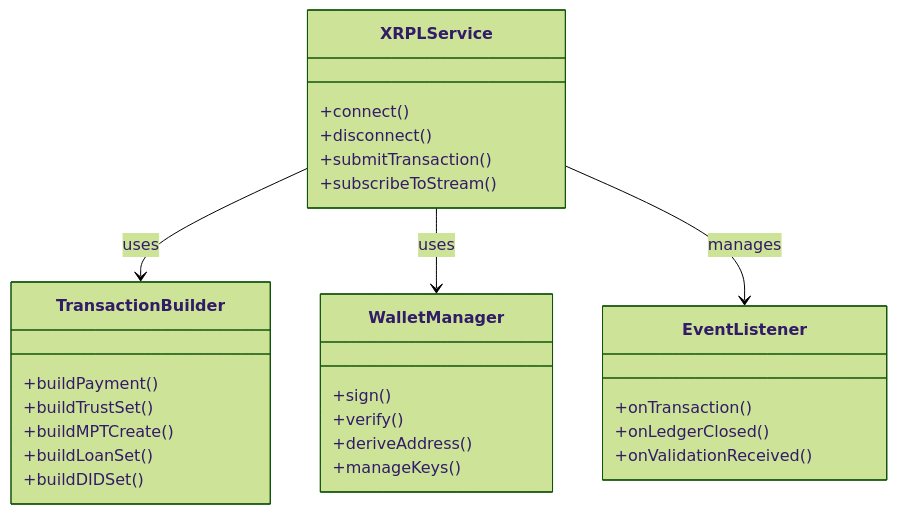
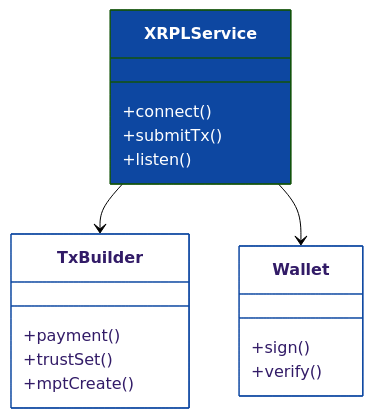
One commit to MrDecryptDecipher/xrpl-institutional-fund-management changed diagram 13 of 17 in README.md. Above: the diagram before and after it, drawn with Mermaid (forest theme). The commit also changed other lines of this file, not shown here.

Commit message:
docs: final polish of readme with high-contrast diagrams and fixes

````diff
--- a/README.md
+++ b/README.md
@@ -523,34 +452,24 @@
 ```mermaid
 classDiagram
     class XRPLService {
         +connect()
-        +disconnect()
-        +submitTransaction()
-        +subscribeToStream()
+        +submitTx()
+        +listen()
     }
-    
-    class TransactionBuilder {
-        +buildPayment()
-        +buildTrustSet()
-        +buildMPTCreate()
-        +buildLoanSet()
-        +buildDIDSet()
+    class TxBuilder {
+        +payment()
+        +trustSet()
+        +mptCreate()
     }
-    
-    class WalletManager {
+    class Wallet {
         +sign()
         +verify()
-        +deriveAddress()
-        +manageKeys()
-    }
-    
-    class EventListener {
-        +onTransaction()
-        +onLedgerClosed()
-        +onValidationReceived()
     }
 
-    XRPLService --> TransactionBuilder : uses
-    XRPLService --> WalletManager : uses
-    XRPLService --> EventListener : manages
+    XRPLService --> TxBuilder
+    XRPLService --> Wallet
+    
+    style XRPLService fill:#0D47A1,color:#fff
+    style TxBuilder fill:#fff,stroke:#0D47A1
+    style Wallet fill:#fff,stroke:#0D47A1
 ```
````
